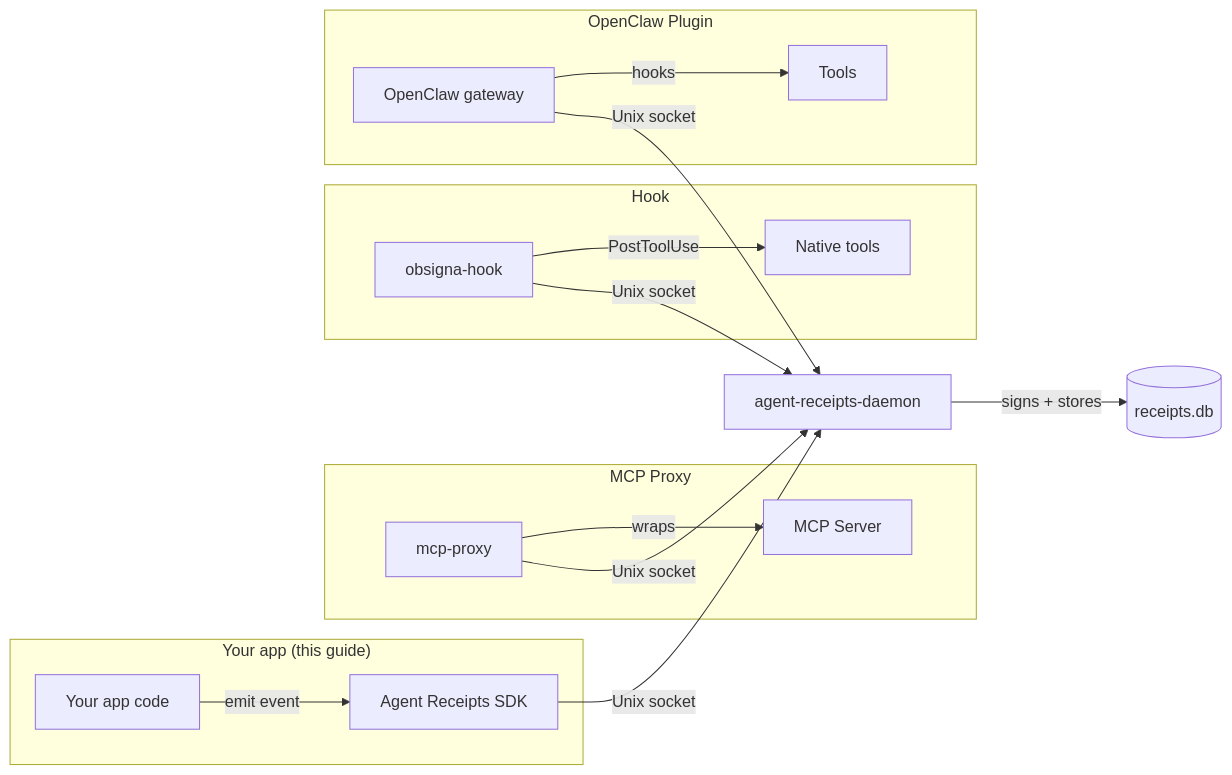
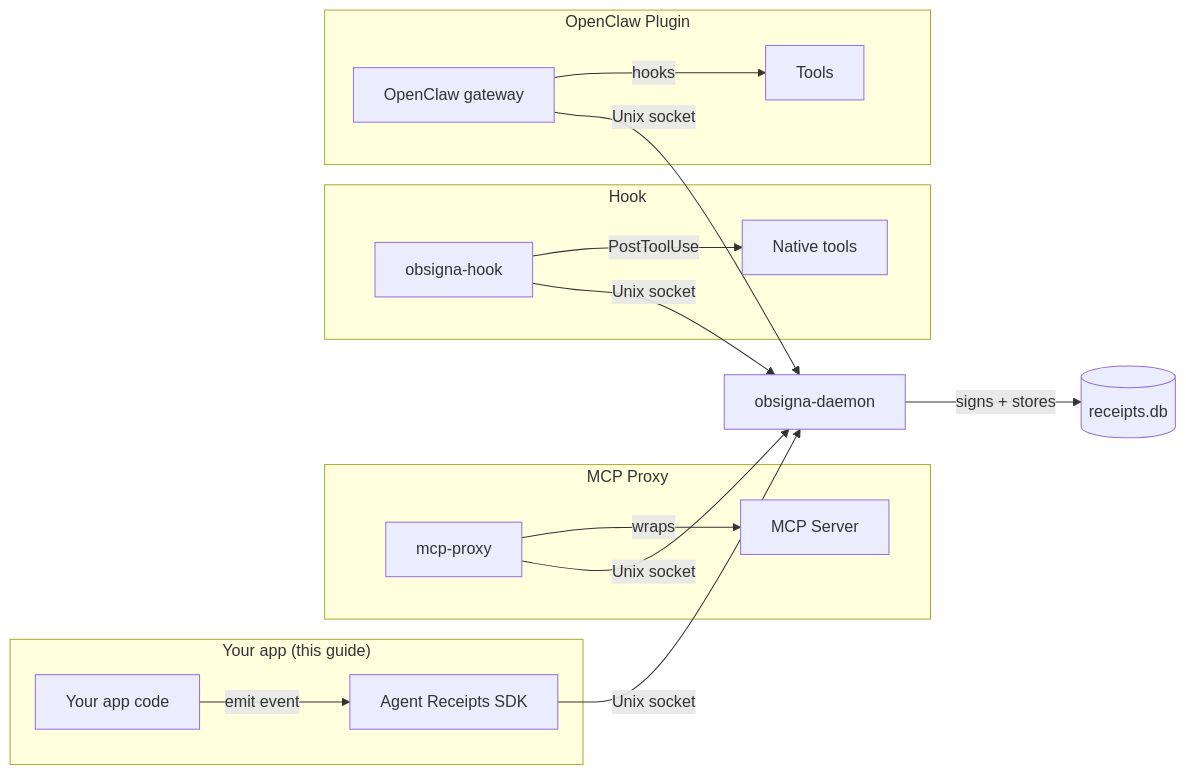
The diagram in site/src/content/docs/getting-started/quick-start.mdx (agent-receipts/ar), drawn with Mermaid before and after one commit. The commit also changed other lines of this file and 41 other files, not shown here.

````diff
--- a/site/src/content/docs/getting-started/quick-start.mdx
+++ b/site/src/content/docs/getting-started/quick-start.mdx
@@ -17,17 +17,17 @@
 ```mermaid
 graph LR
   subgraph app["Your app (this guide)"]
     A[Your app code] -- "emit event" --> S[Agent Receipts SDK]
   end
   subgraph proxy["MCP Proxy"]
     P[mcp-proxy] -- "wraps" --> M[MCP Server]
   end
   subgraph hook["Hook"]
     H[obsigna-hook] -- "PostToolUse" --> NT[Native tools]
   end
   subgraph plugin["OpenClaw Plugin"]
     O[OpenClaw gateway] -- "hooks" --> T[Tools]
   end
-  S & P & H & O -- "Unix socket" --> D[agent-receipts-daemon]
+  S & P & H & O -- "Unix socket" --> D[obsigna-daemon]
   D -- "signs + stores" --> DB[(receipts.db)]
 ```
````
